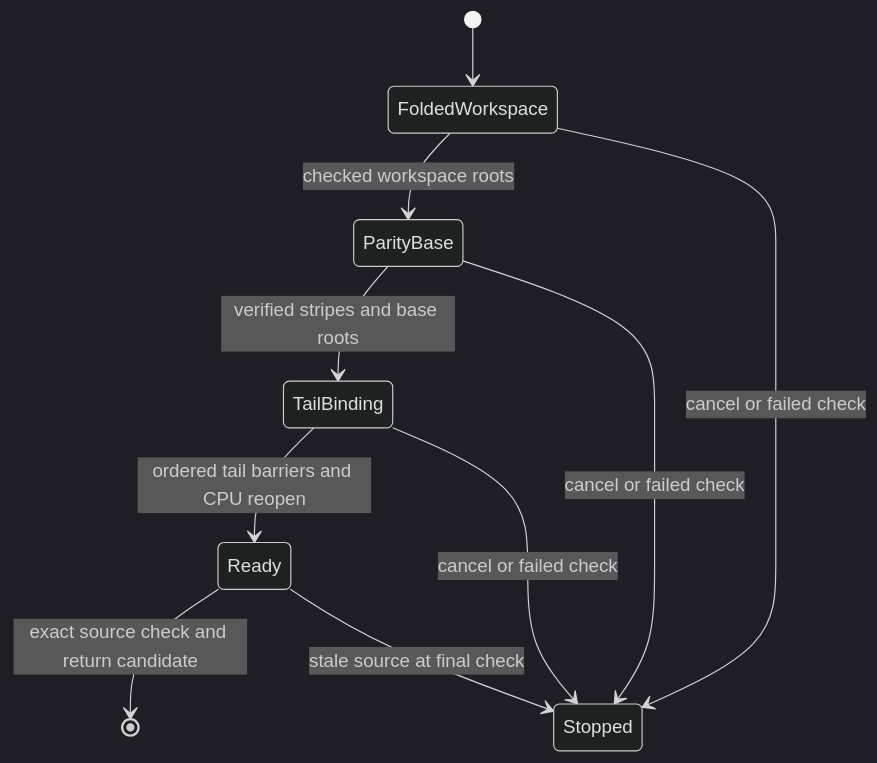
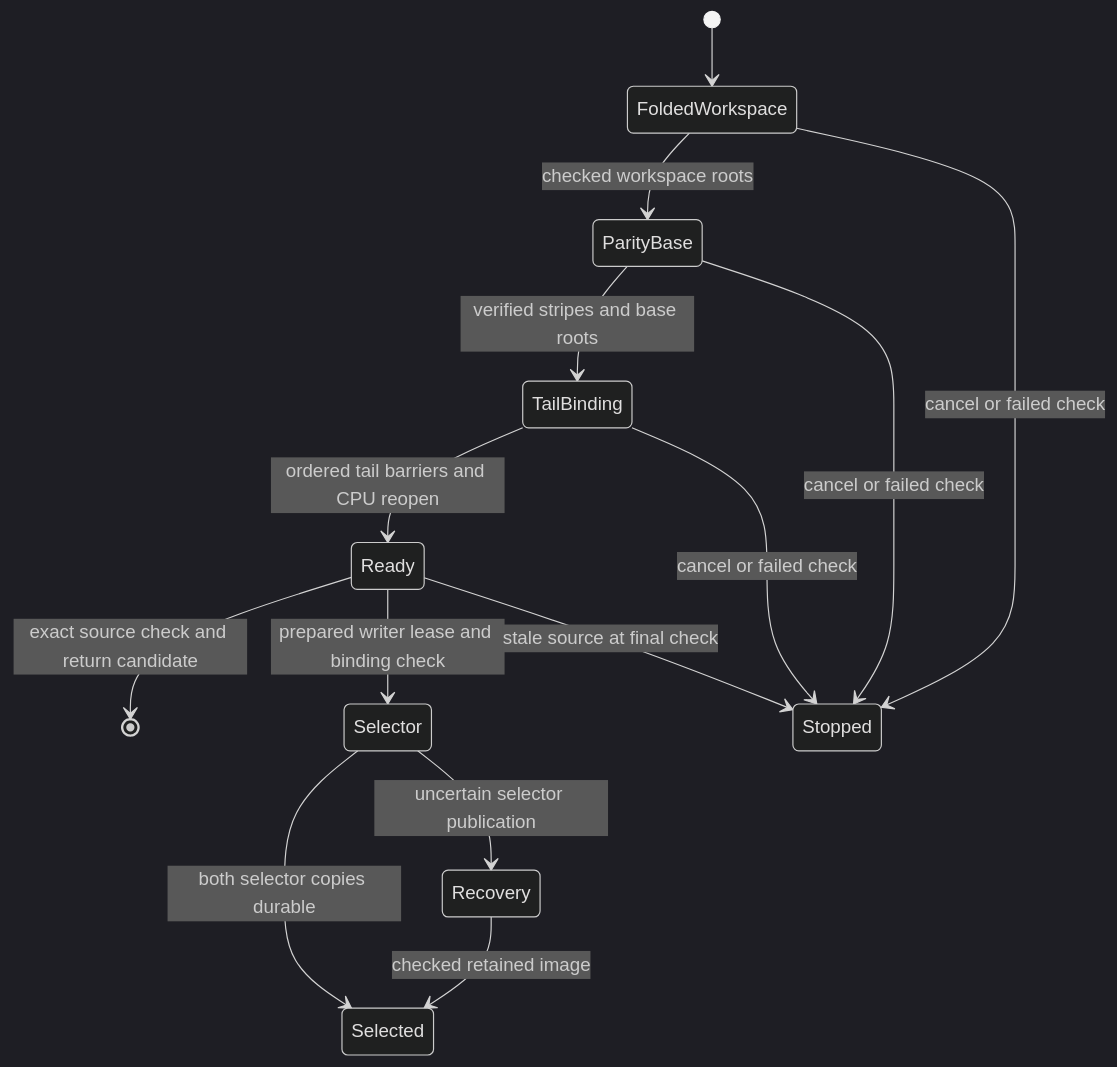
One commit to strmt7/FlitzFS changed the diagram in docs/SEALED_INDEXED_IMAGE.md. Above: the diagram before and after it, drawn with Mermaid (dark theme). The commit also changed other lines of this file and 7 other files, not shown here.

````diff
--- a/docs/SEALED_INDEXED_IMAGE.md
+++ b/docs/SEALED_INDEXED_IMAGE.md
@@ -173,12 +173,16 @@
 ```mermaid
 stateDiagram-v2
     [*] --> FoldedWorkspace
     FoldedWorkspace --> ParityBase: checked workspace roots
     ParityBase --> TailBinding: verified stripes and base roots
     TailBinding --> Ready: ordered tail barriers and CPU reopen
     Ready --> [*]: exact source check and return candidate
+    Ready --> Selector: prepared writer lease and binding check
+    Selector --> Selected: both selector copies durable
+    Selector --> Recovery: uncertain selector publication
+    Recovery --> Selected: checked retained image
     FoldedWorkspace --> Stopped: cancel or failed check
     ParityBase --> Stopped: cancel or failed check
     TailBinding --> Stopped: cancel or failed check
     Ready --> Stopped: stale source at final check
 ```
````
